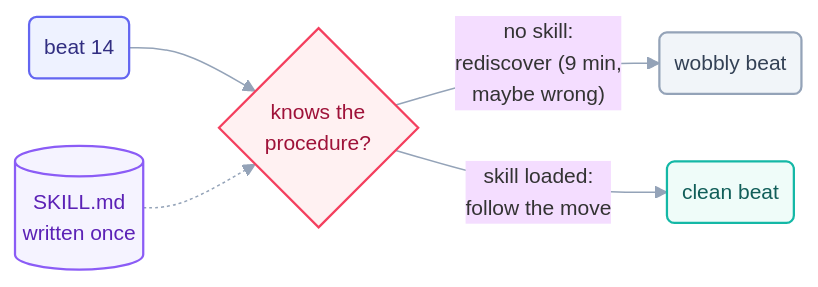
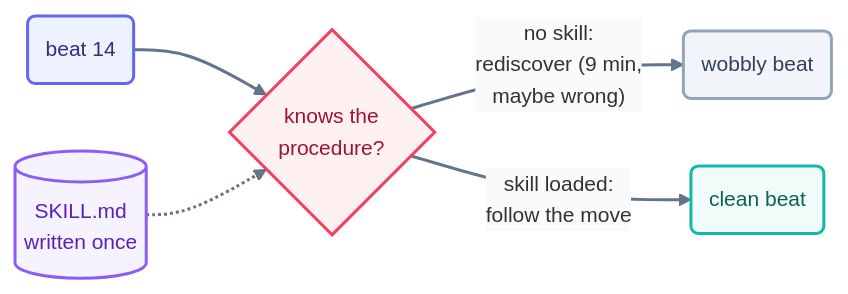
Before and after one commit to ayeshakhalid192007-dev/LoopEngineering-CrashCourse: the second of 2 diagrams in docs/05-part-3-the-body/09-skills.md, drawn with Mermaid. The commit also changed other lines of this file and 66 other files, not shown here.

First line of the commit message:
docs(diagrams): bolden and unify all 70 mermaid diagrams

````diff
--- a/docs/05-part-3-the-body/09-skills.md
+++ b/docs/05-part-3-the-body/09-skills.md
@@ -68,13 +69,14 @@
 ```mermaid
-%%{init: {'theme':'base','themeVariables':{'fontFamily':'ui-sans-serif, system-ui, sans-serif','fontSize':'14px','lineColor':'#94a3b8'},'flowchart':{'curve':'basis','nodeSpacing':45,'rankSpacing':50,'padding':10}}}%%
+%%{init: {'theme':'base','themeVariables':{'fontFamily':'ui-sans-serif, system-ui, sans-serif','fontSize':'14px','lineColor':'#64748b','edgeLabelBackground':'#f8fafc'},'flowchart':{'curve':'basis','nodeSpacing':45,'rankSpacing':55,'padding':12}}}%%
 flowchart LR
     B1("beat 14"):::beat --> CS{"knows the<br/>procedure?"}:::limit
     CS -->|"no skill:<br/>rediscover (9 min,<br/>maybe wrong)"| W1("wobbly beat"):::stop
     CS -->|"skill loaded:<br/>follow the move"| W2("clean beat"):::win
     SK[("SKILL.md<br/>written once")]:::cfg -.-> CS
-    classDef beat fill:#eef2ff,stroke:#6366f1,stroke-width:1.5px,color:#312e81;
-    classDef limit fill:#fff1f2,stroke:#f43f5e,stroke-width:1.5px,color:#9f1239;
-    classDef cfg fill:#f5f3ff,stroke:#8b5cf6,stroke-width:1.5px,color:#5b21b6;
-    classDef stop fill:#f1f5f9,stroke:#94a3b8,stroke-width:1.5px,color:#334155;
-    classDef win fill:#effcf9,stroke:#14b8a6,stroke-width:1.5px,color:#115e59;
+    linkStyle default stroke:#64748b,stroke-width:2px;
+    classDef beat fill:#eef2ff,stroke:#6366f1,stroke-width:2px,color:#312e81;
+    classDef limit fill:#fff1f2,stroke:#f43f5e,stroke-width:2px,color:#9f1239;
+    classDef cfg fill:#f5f3ff,stroke:#8b5cf6,stroke-width:2px,color:#5b21b6;
+    classDef stop fill:#f1f5f9,stroke:#94a3b8,stroke-width:2px,color:#334155;
+    classDef win fill:#effcf9,stroke:#14b8a6,stroke-width:2px,color:#115e59;
 ```
````
